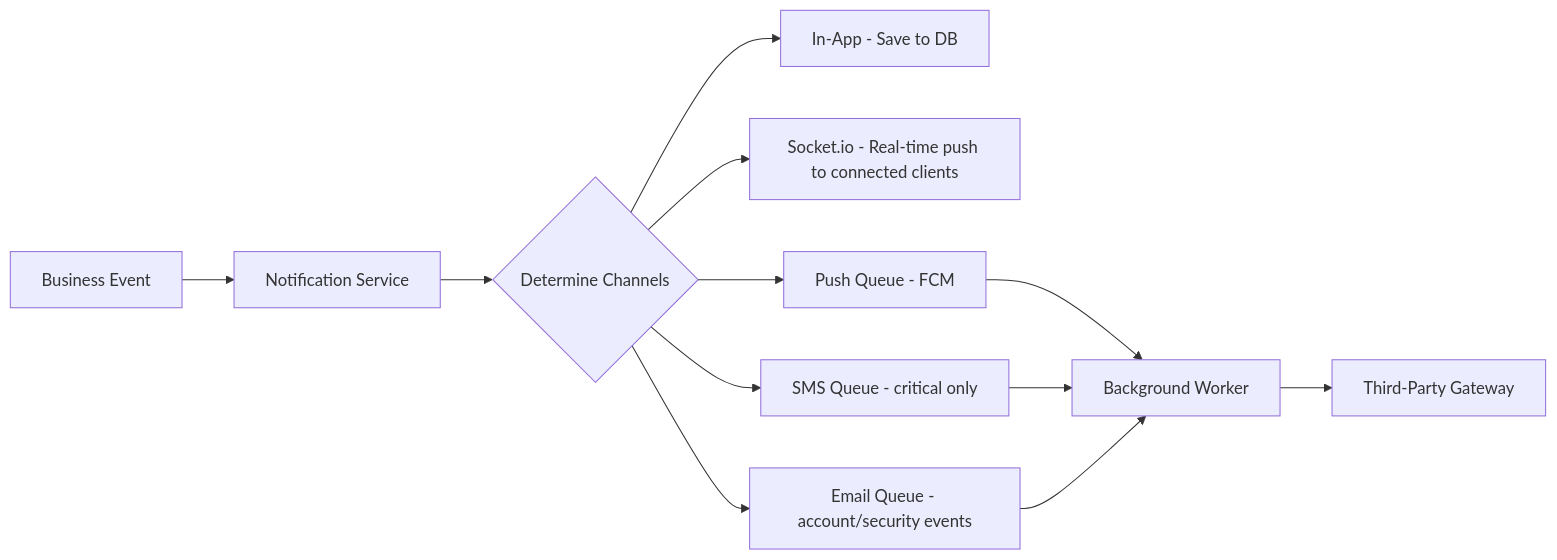
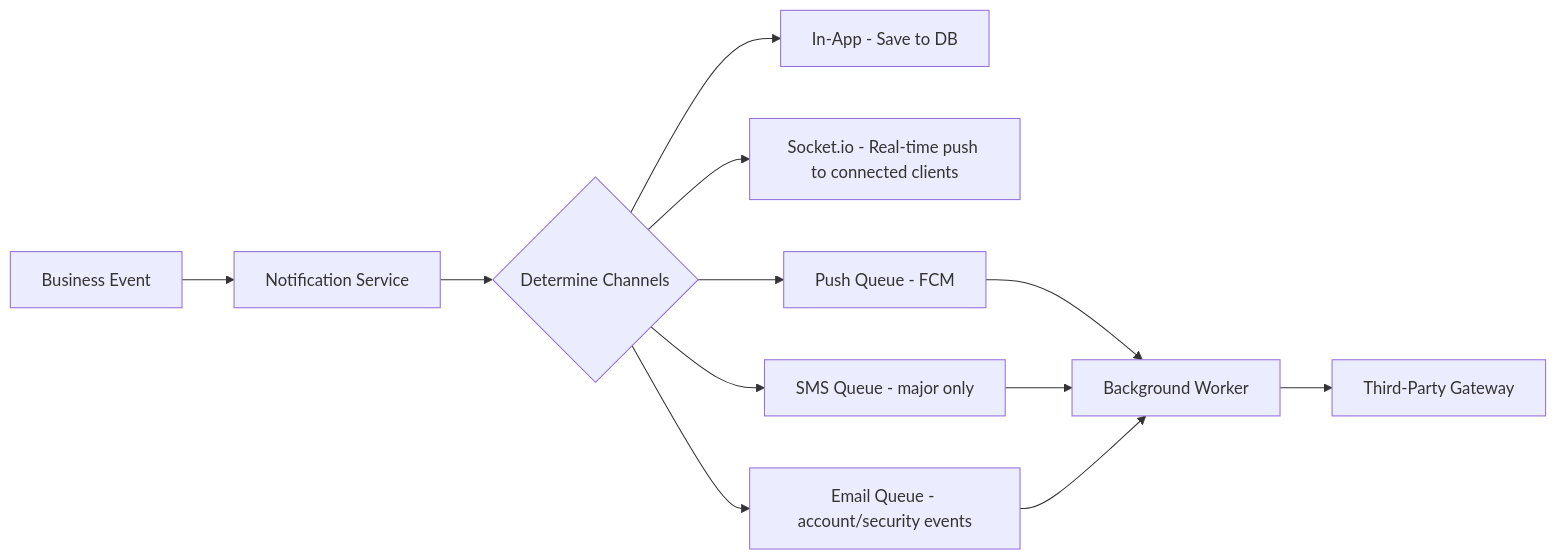
The sixth of 7 diagrams in system_architecture.md (aliazgorLab/ProtocolZero), drawn with Mermaid before and after one commit. The commit also changed other lines of this file and 13 other files, not shown here.

````diff
--- a/system_architecture.md
+++ b/system_architecture.md
@@ -960,14 +973,14 @@
 ```mermaid
 flowchart LR
     A[Business Event] --> B[Notification Service]
     B --> C{Determine Channels}
     C --> D[In-App - Save to DB]
     C --> E[Socket.io - Real-time push to connected clients]
     C --> F[Push Queue - FCM]
-    C --> G[SMS Queue - critical only]
+    C --> G[SMS Queue - major only]
     C --> H[Email Queue - account/security events]
     F --> I[Background Worker]
     G --> I
     H --> I
     I --> J[Third-Party Gateway]
 ```
````
